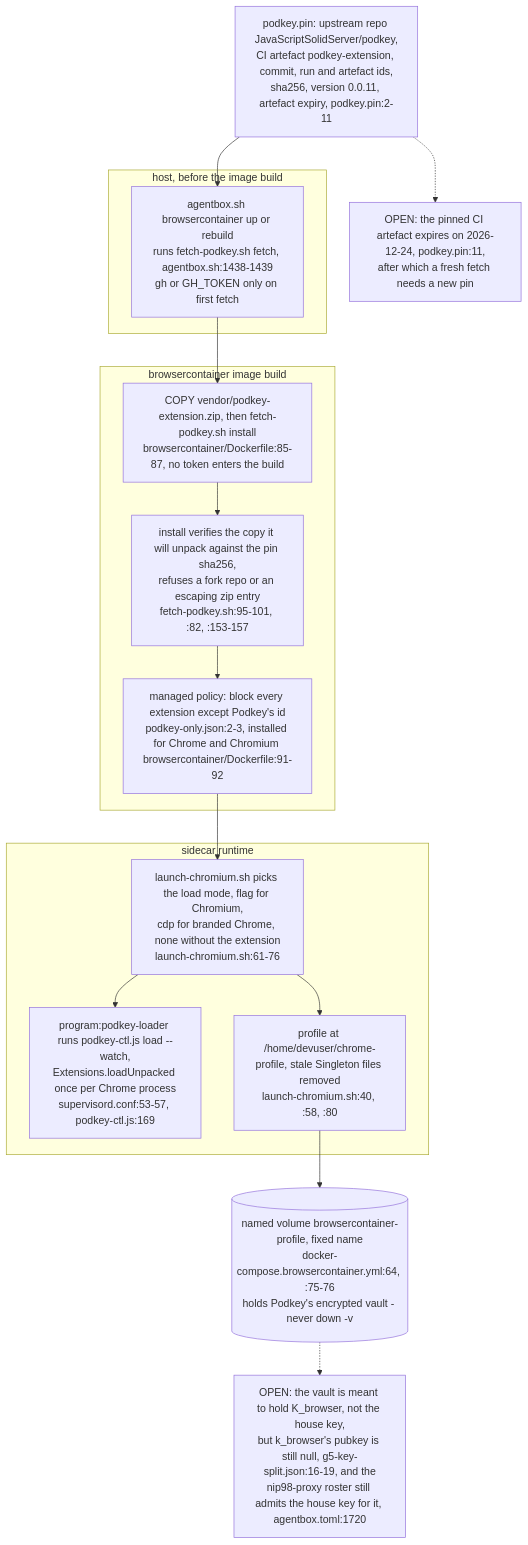
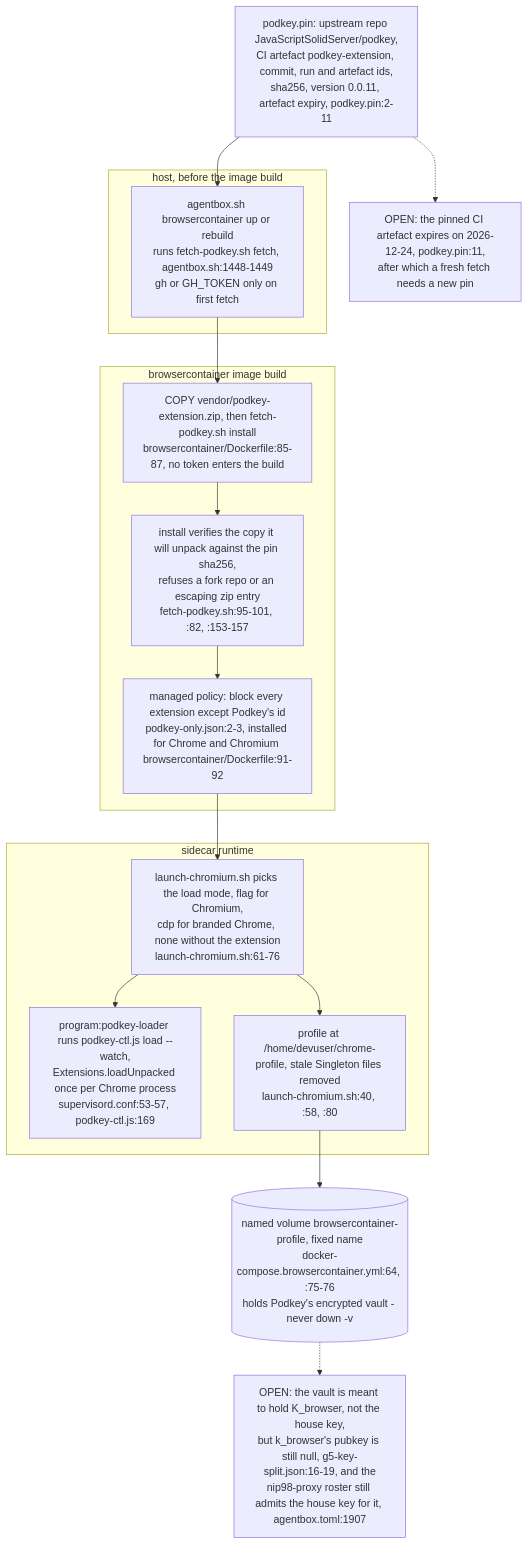
Diagram 12 of 13 in docs/diagrams/agentbox/06-sidecars-and-compose-overlays.md (DreamLab-AI/VisionFlow), drawn with Mermaid before and after one commit. The commit also changed other lines of this file and 80 other files, not shown here.

First line of the commit message:
docs(diagrams): re-verify the agentbox, dreamlab, estate and visionflow corpus against current sources

````diff
--- a/docs/diagrams/agentbox/06-sidecars-and-compose-overlays.md
+++ b/docs/diagrams/agentbox/06-sidecars-and-compose-overlays.md
@@ -342,22 +343,22 @@
 ```mermaid
 flowchart TB
     PIN["podkey.pin: upstream repo JavaScriptSolidServer/podkey,<br/>CI artefact podkey-extension, commit, run and artefact ids,<br/>sha256, version 0.0.11, artefact expiry, podkey.pin:2-11"]
     subgraph HOST["host, before the image build"]
-        F1["agentbox.sh browsercontainer up or rebuild<br/>runs fetch-podkey.sh fetch, agentbox.sh:1438-1439<br/>gh or GH_TOKEN only on first fetch"]
+        F1["agentbox.sh browsercontainer up or rebuild<br/>runs fetch-podkey.sh fetch, agentbox.sh:1448-1449<br/>gh or GH_TOKEN only on first fetch"]
     end
     subgraph IMG["browsercontainer image build"]
         D1["COPY vendor/podkey-extension.zip, then fetch-podkey.sh install<br/>browsercontainer/Dockerfile:85-87, no token enters the build"]
         D2["install verifies the copy it will unpack against the pin sha256,<br/>refuses a fork repo or an escaping zip entry<br/>fetch-podkey.sh:95-101, :82, :153-157"]
         D3["managed policy: block every extension except Podkey's id<br/>podkey-only.json:2-3, installed for Chrome and Chromium browsercontainer/Dockerfile:91-92"]
     end
     subgraph RUN["sidecar runtime"]
         L1["launch-chromium.sh picks the load mode, flag for Chromium,<br/>cdp for branded Chrome, none without the extension<br/>launch-chromium.sh:61-76"]
         L2["program:podkey-loader runs podkey-ctl.js load --watch,<br/>Extensions.loadUnpacked once per Chrome process<br/>supervisord.conf:53-57, podkey-ctl.js:169"]
         L3["profile at /home/devuser/chrome-profile, stale Singleton files removed<br/>launch-chromium.sh:40, :58, :80"]
     end
     VOL[("named volume browsercontainer-profile, fixed name<br/>docker-compose.browsercontainer.yml:64, :75-76<br/>holds Podkey's encrypted vault - never down -v")]
     PIN --> F1 --> D1 --> D2 --> D3 --> L1 --> L2
     L1 --> L3 --> VOL
-    VOL -.-> OPEN1["OPEN: the vault is meant to hold K_browser, not the house key,<br/>but k_browser's pubkey is still null, g5-key-split.json:16-19, and the<br/>nip98-proxy roster still admits the house key for it, agentbox.toml:1720"]
+    VOL -.-> OPEN1["OPEN: the vault is meant to hold K_browser, not the house key,<br/>but k_browser's pubkey is still null, g5-key-split.json:16-19, and the<br/>nip98-proxy roster still admits the house key for it, agentbox.toml:1907"]
     PIN -.-> OPEN2["OPEN: the pinned CI artefact expires on 2026-12-24, podkey.pin:11,<br/>after which a fresh fetch needs a new pin"]
 ```
````
